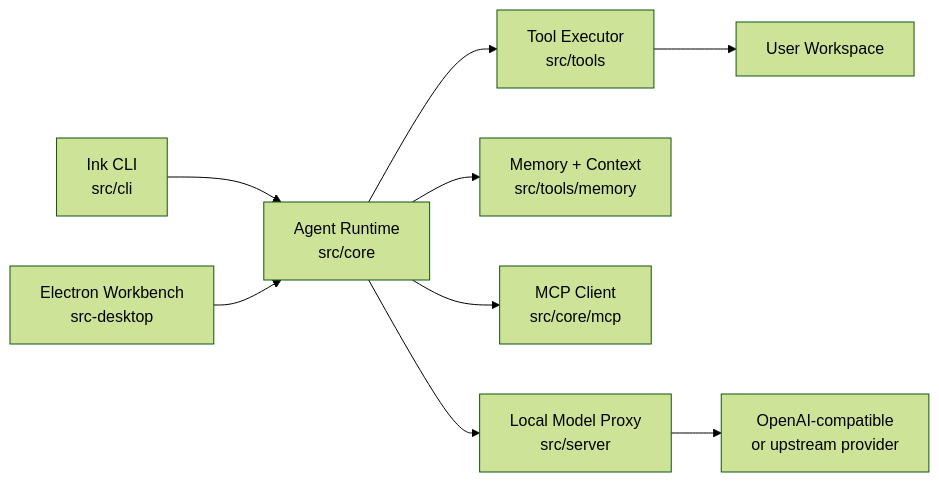
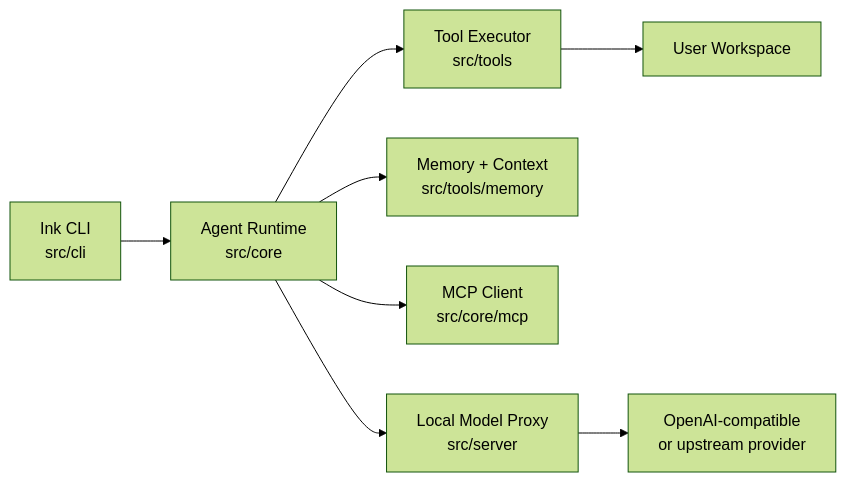
The second of 2 diagrams in README.md (MengShengbo/TurboFlux), drawn with Mermaid (forest theme) before and after one commit. The commit also changed other lines of this file and 7 other files, not shown here.

````diff
--- a/README.md
+++ b/README.md
@@ -187,11 +184,10 @@
 ```mermaid
 flowchart LR
   CLI["Ink CLI\nsrc/cli"] --> Runtime["Agent Runtime\nsrc/core"]
-  Desktop["Electron Workbench\nsrc-desktop"] --> Runtime
   Runtime --> Tools["Tool Executor\nsrc/tools"]
   Runtime --> Memory["Memory + Context\nsrc/tools/memory"]
   Runtime --> MCP["MCP Client\nsrc/core/mcp"]
   Runtime --> Proxy["Local Model Proxy\nsrc/server"]
   Proxy --> Provider["OpenAI-compatible\nor upstream provider"]
   Tools --> Workspace["User Workspace"]
 ```
````
